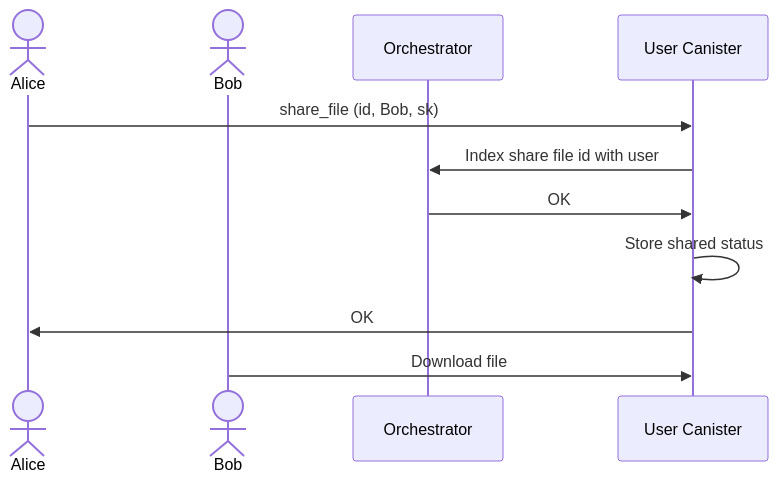
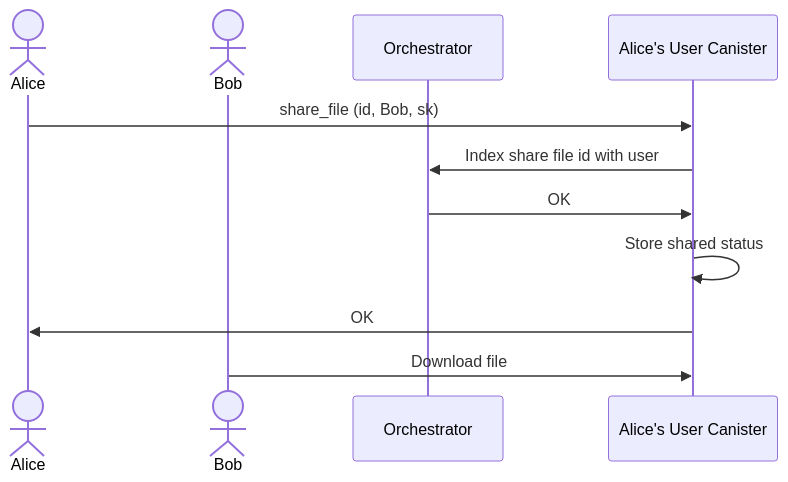
Before and after one commit to icp-hub-it/ic-docutrack: the fourth of 6 diagrams in docs/flows.md, drawn with Mermaid. The commit also changed other lines of this file, not shown here.

````diff
--- a/docs/flows.md
+++ b/docs/flows.md
@@ -56,14 +56,14 @@
 ```mermaid
 sequenceDiagram
     actor A as Alice
     actor B as Bob
     participant O as Orchestrator
-    participant UC as User Canister
+    participant UC as Alice's User Canister
     A->>UC: share_file (id, Bob, sk)
     UC->>O: Index share file id with user
     O->>UC: OK
     UC->>UC: Store shared status
     UC->>A: OK
     B->>UC: Download file
 
 ```
````
